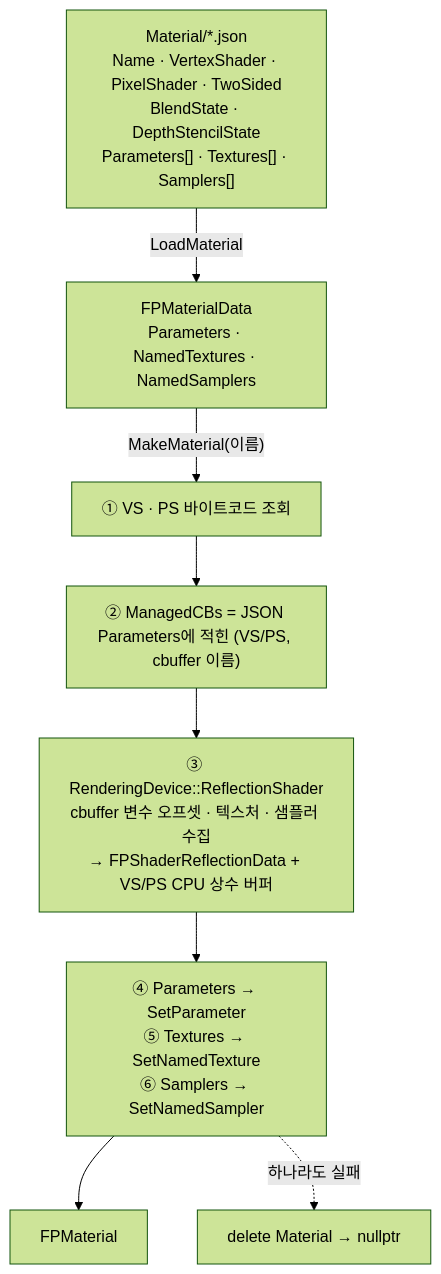
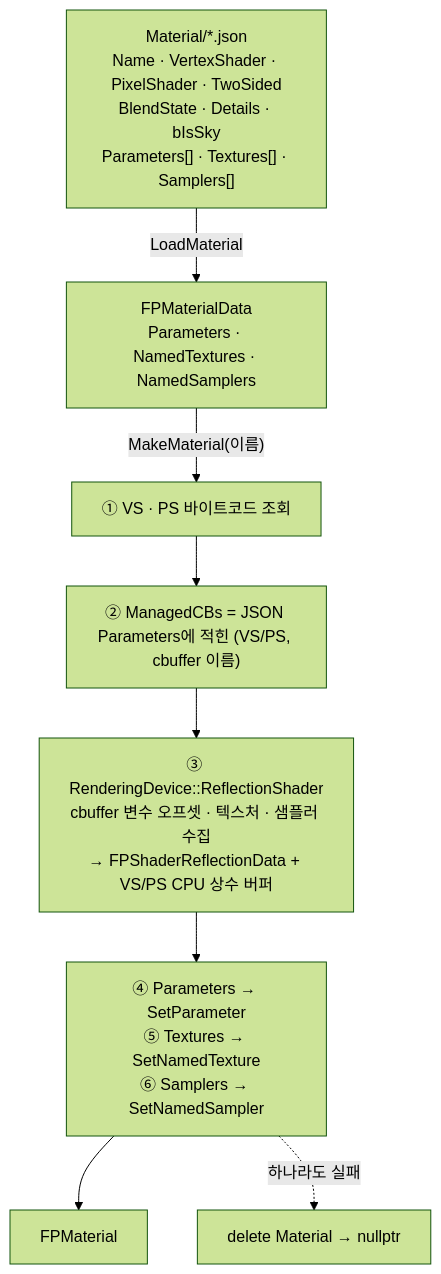
Before and after one commit to Gat-Young/ForestPearlEngine: diagram 19 of 26 in README.md, drawn with Mermaid (forest theme). The commit also changed other lines of this file, not shown here.

````diff
--- a/README.md
+++ b/README.md
@@ -1916,10 +1976,10 @@
 ```mermaid
 flowchart TD
-    MJ["Material/*.json<br/>Name · VertexShader · PixelShader · TwoSided<br/>BlendState · DepthStencilState<br/>Parameters[] · Textures[] · Samplers[]"] -->|"LoadMaterial"| MD["FPMaterialData<br/>Parameters · NamedTextures · NamedSamplers"]
+    MJ["Material/*.json<br/>Name · VertexShader · PixelShader · TwoSided<br/>BlendState · Details · bIsSky<br/>Parameters[] · Textures[] · Samplers[]"] -->|"LoadMaterial"| MD["FPMaterialData<br/>Parameters · NamedTextures · NamedSamplers"]
     MD -->|"MakeMaterial(이름)"| S1["① VS · PS 바이트코드 조회"]
     S1 --> S2["② ManagedCBs = JSON Parameters에 적힌 (VS/PS, cbuffer 이름)"]
     S2 --> S3["③ RenderingDevice::ReflectionShader<br/>cbuffer 변수 오프셋 · 텍스처 · 샘플러 수집<br/>→ FPShaderReflectionData + VS/PS CPU 상수 버퍼"]
     S3 --> S4["④ Parameters → SetParameter<br/>⑤ Textures → SetNamedTexture<br/>⑥ Samplers → SetNamedSampler"]
     S4 --> FM["FPMaterial"]
     S4 -.->|"하나라도 실패"| NIL["delete Material → nullptr"]
 ```
````
